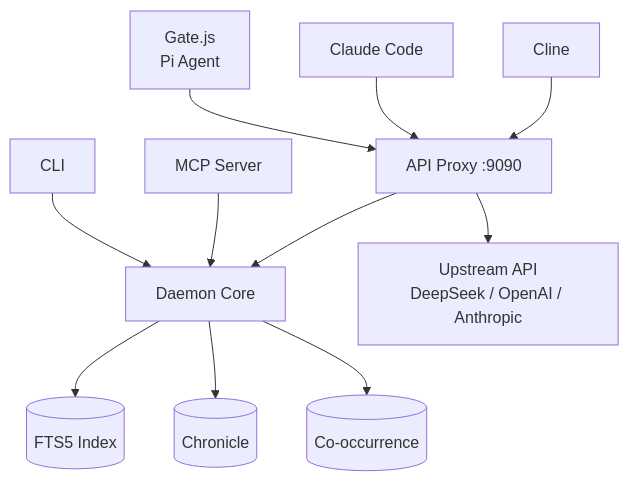
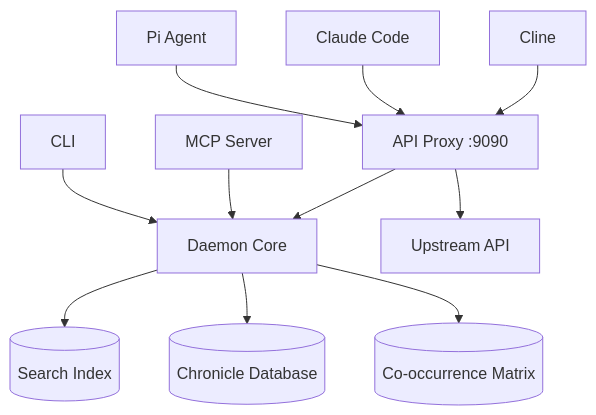
One commit to Reliary/reliary-agent changed the third of 3 diagrams in README.md. Above: the diagram before and after it, drawn with Mermaid. The commit also changed other lines of this file and 1 other file, not shown here.

Commit message:
docs: improve flow, remove jargon, and clarify agent setup

````diff
--- a/README.md
+++ b/README.md
@@ -289,14 +200,14 @@
 ```mermaid
 graph TD
     A[CLI] --> D[Daemon Core]
     B[MCP Server] --> D
     C[API Proxy :9090] --> D
-    D --> E[(FTS5 Index)]
-    D --> F[(Chronicle)]
-    D --> G[(Co-occurrence)]
+    D --> E[(Search Index)]
+    D --> F[(Chronicle Database)]
+    D --> G[(Co-occurrence Matrix)]
 
-    C --> H[Upstream API<br/>DeepSeek / OpenAI / Anthropic]
-    I[Gate.js<br/>Pi Agent] --> C
+    C --> H[Upstream API]
+    I[Pi Agent] --> C
     J[Claude Code] --> C
     K[Cline] --> C
 ```
````
